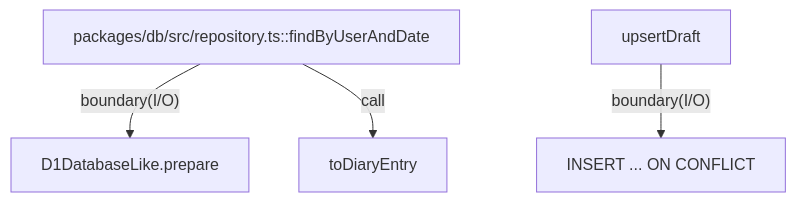
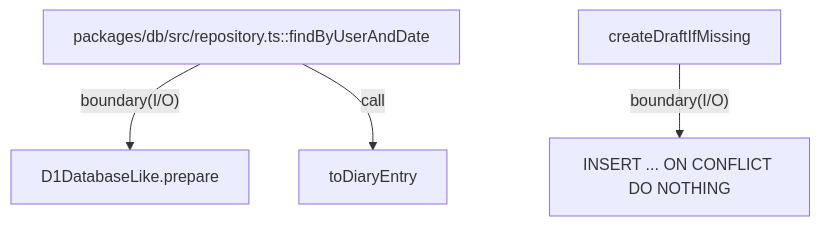
Before and after one commit to YotaroMatsui/future_diary: the diagram in packages/db/README.md, drawn with Mermaid. The commit also changed other lines of this file and 16 other files, not shown here.

````diff
--- a/packages/db/README.md
+++ b/packages/db/README.md
@@ -173,6 +181,6 @@
 ```mermaid
 flowchart TD
   RP["packages/db/src/repository.ts::findByUserAndDate"] -->|"boundary(I/O)"| D1["D1DatabaseLike.prepare"]
   RP -->|"call"| MAP["toDiaryEntry"]
-  U["upsertDraft"] -->|"boundary(I/O)"| SQL["INSERT ... ON CONFLICT"]
+  U["createDraftIfMissing"] -->|"boundary(I/O)"| SQL["INSERT ... ON CONFLICT DO NOTHING"]
 ```
````
